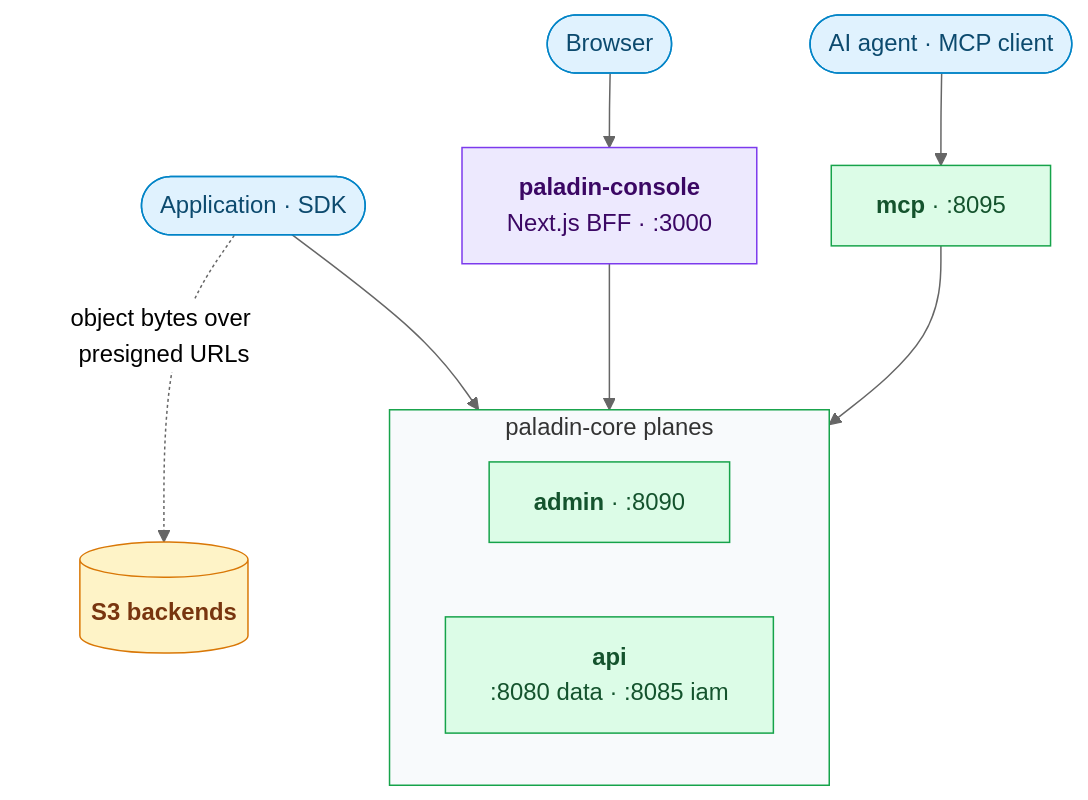
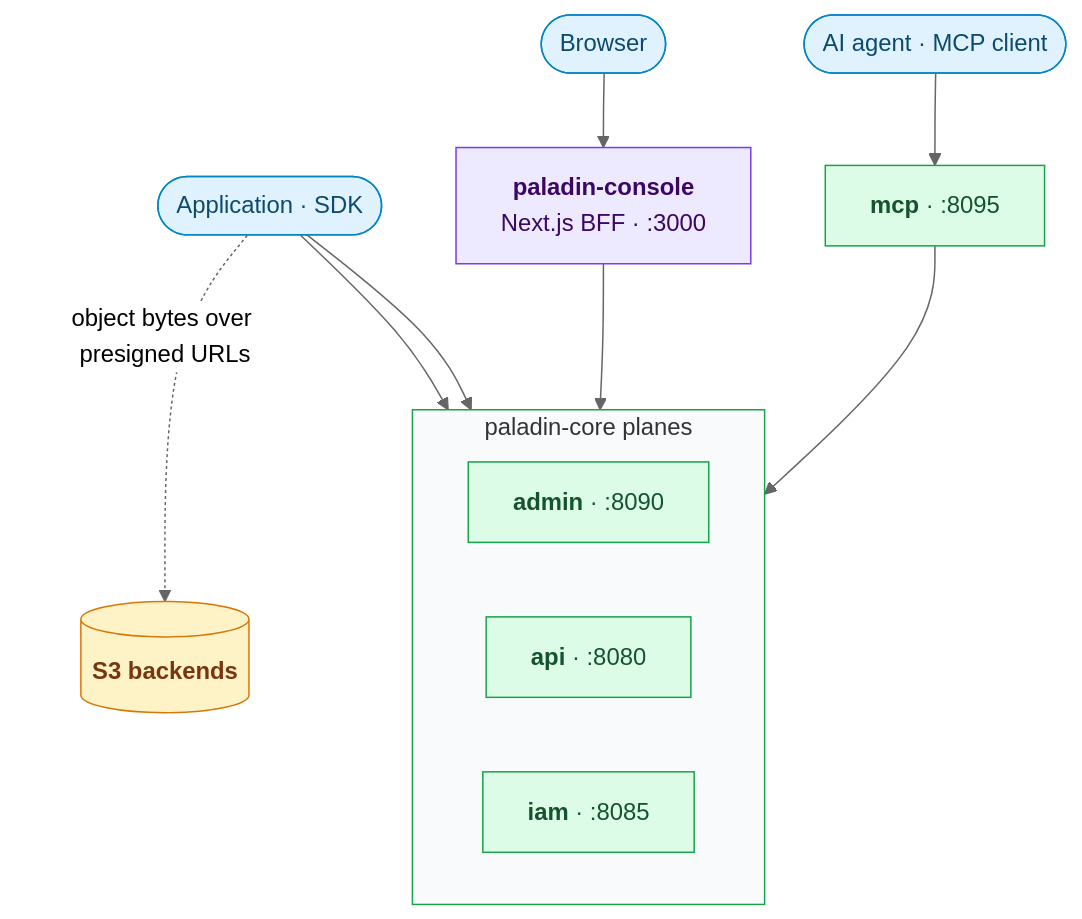
The first of 3 diagrams in ARCHITECTURE.md (oleg-tkachuk/paladin), drawn with Mermaid (neutral theme) before and after one commit. The commit also changed other lines of this file and 2 other files, not shown here.

Commit message:
docs: show the optional Valkey and the iam role on the diagrams

````diff
--- a/ARCHITECTURE.md
+++ b/ARCHITECTURE.md
@@ -25,36 +25,37 @@
 ```mermaid
 flowchart TB
     browser(["Browser"])
     agent(["AI agent · MCP client"])
     app(["Application · SDK"])
 
     bff["<b>paladin-console</b><br/>Next.js BFF · :3000"]
     mcp["<b>mcp</b> · :8095"]
 
     subgraph planes ["paladin-core planes"]
         direction LR
         admin["<b>admin</b> · :8090"]
-        api["<b>api</b><br/>:8080 data · :8085 iam"]
+        api["<b>api</b> · :8080"]
+        iam["<b>iam</b> · :8085"]
     end
 
     s3[("<b>S3 backends</b>")]
 
     browser --> bff
     agent --> mcp
     bff --> planes
     mcp --> planes
-    app --> api
+    app --> api & iam
     app -. "object bytes over presigned URLs" .-> s3
 
     classDef client fill:#E0F2FE,stroke:#0284C7,color:#0C4A6E
     classDef ui fill:#EDE9FE,stroke:#7C3AED,color:#3B0764
     classDef role fill:#DCFCE7,stroke:#16A34A,color:#14532D
     classDef optional fill:#F1F5F9,stroke:#64748B,color:#334155,stroke-dasharray:5 4
     classDef store fill:#FEF3C7,stroke:#D97706,color:#78350F
     classDef external fill:#FCE7F3,stroke:#DB2777,color:#831843
     class browser,app,agent client
     class bff ui
-    class api,admin,mcp role
+    class api,iam,admin,mcp role
     class s3 store
     style planes fill:#F8FAFC,stroke:#16A34A
 ```
````
